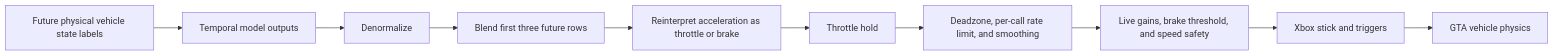
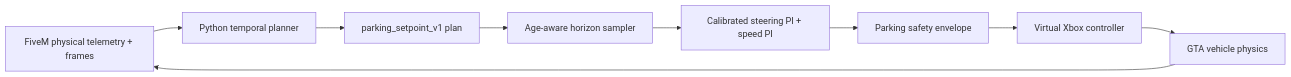
The diagram in docs/parking-control-contract-options.md (EdersenC/goFSD), drawn with Mermaid before and after one commit. The commit also changed other lines of this file and 59 other files, not shown here.

Commit message:
feat: implement parking setpoint control

````diff
--- a/docs/parking-control-contract-options.md
+++ b/docs/parking-control-contract-options.md
@@ -17,12 +39,11 @@
 ```mermaid
 flowchart LR
-    A["Future physical vehicle state labels"] --> B["Temporal model outputs"]
-    B --> C["Denormalize"]
-    C --> D["Blend first three future rows"]
-    D --> E["Reinterpret acceleration as throttle or brake"]
-    E --> F["Throttle hold"]
-    F --> G["Deadzone, per-call rate limit, and smoothing"]
-    G --> H["Live gains, brake threshold, and speed safety"]
-    H --> I["Xbox stick and triggers"]
-    I --> J["GTA vehicle physics"]
+    A["FiveM physical telemetry + frames"] --> B["Python temporal planner"]
+    B --> C["parking_setpoint_v1 plan"]
+    C --> D["Age-aware horizon sampler"]
+    D --> E["Calibrated steering PI + speed PI"]
+    E --> F["Parking safety envelope"]
+    F --> G["Virtual Xbox controller"]
+    G --> H["GTA vehicle physics"]
+    H --> A
 ```
````
